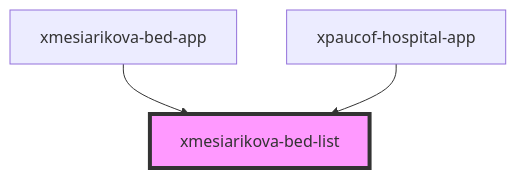
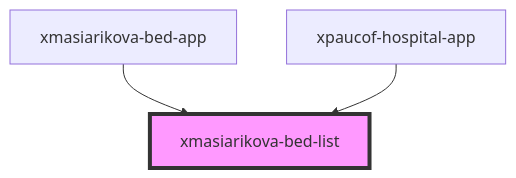
The diagram in src/components/xmasiarikova-bed-list/readme.md (FilipPauco/hospital-ufe), drawn with Mermaid before and after one commit. The commit also changed other lines of this file and 9 other files, not shown here.

````diff
--- a/src/components/xmasiarikova-bed-list/readme.md
+++ b/src/components/xmasiarikova-bed-list/readme.md
@@ -31,6 +31,6 @@
 ```mermaid
 graph TD;
-  xmesiarikova-bed-app --> xmesiarikova-bed-list
-  xpaucof-hospital-app --> xmesiarikova-bed-list
-  style xmesiarikova-bed-list fill:#f9f,stroke:#333,stroke-width:4px
+  xmasiarikova-bed-app --> xmasiarikova-bed-list
+  xpaucof-hospital-app --> xmasiarikova-bed-list
+  style xmasiarikova-bed-list fill:#f9f,stroke:#333,stroke-width:4px
 ```
````
